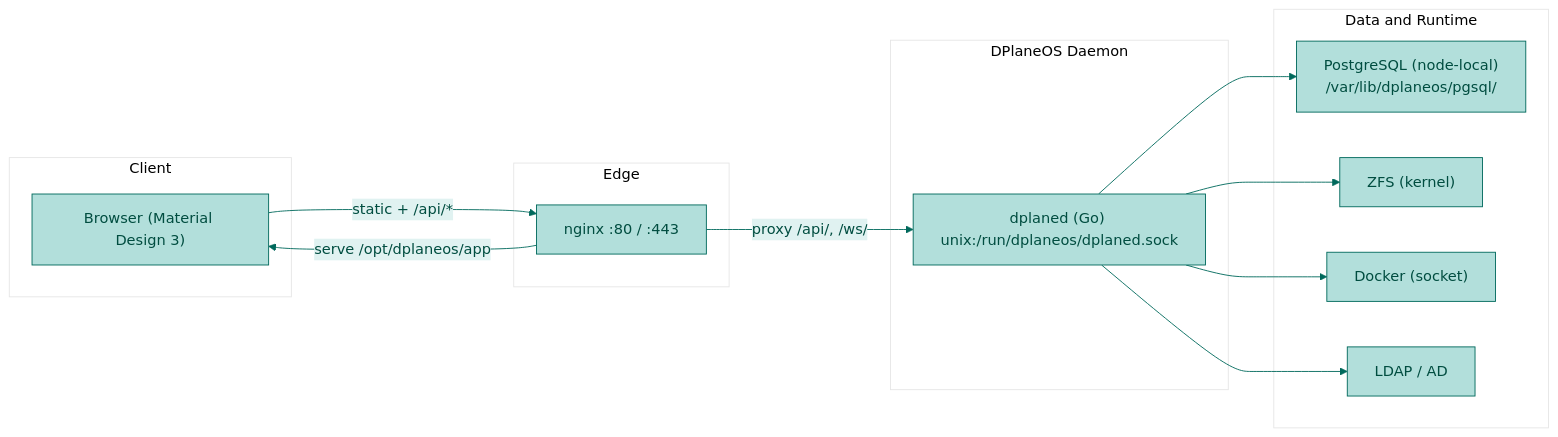
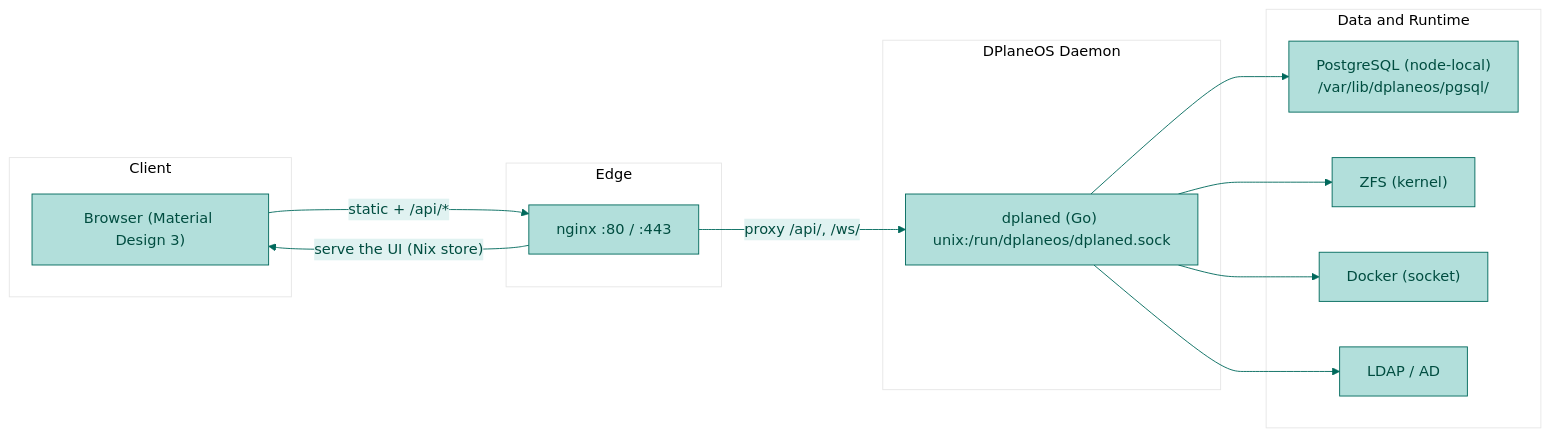
Before and after one commit to 4nonX/DPlaneOS: the first of 7 diagrams in docs/development/CODEBASE-DIAGRAM.md, drawn with Mermaid. The commit also changed other lines of this file and 79 other files, not shown here.

````diff
--- a/docs/development/CODEBASE-DIAGRAM.md
+++ b/docs/development/CODEBASE-DIAGRAM.md
@@ -9,30 +9,30 @@
 ```mermaid
 %%{init: {'theme':'base', 'themeVariables': { 'primaryColor':'#b2dfdb', 'primaryTextColor':'#004d40', 'primaryBorderColor':'#00695c', 'lineColor':'#00695c', 'secondaryColor':'#e0f2f1', 'tertiaryColor':'#fff' }}}%%
 flowchart LR
     subgraph Client
         Browser["Browser (Material Design 3)"]
     end
 
     subgraph Edge
         nginx["nginx :80 / :443"]
     end
 
     subgraph Backend["DPlaneOS Daemon"]
         dplaned["dplaned (Go) unix:/run/dplaneos/dplaned.sock"]
     end
 
     subgraph Data["Data and Runtime"]
         PostgreSQL["PostgreSQL (node-local)\n/var/lib/dplaneos/pgsql/"]
         ZFS["ZFS (kernel)"]
         Docker["Docker (socket)"]
         LDAP["LDAP / AD"]
     end
 
     Browser -->|"static + /api/*"| nginx
     nginx -->|"proxy /api/, /ws/"| dplaned
-    nginx -->|"serve /opt/dplaneos/app"| Browser
+    nginx -->|"serve the UI (Nix store)"| Browser
     dplaned --> PostgreSQL
     dplaned --> ZFS
     dplaned --> Docker
     dplaned --> LDAP
 ```
````
